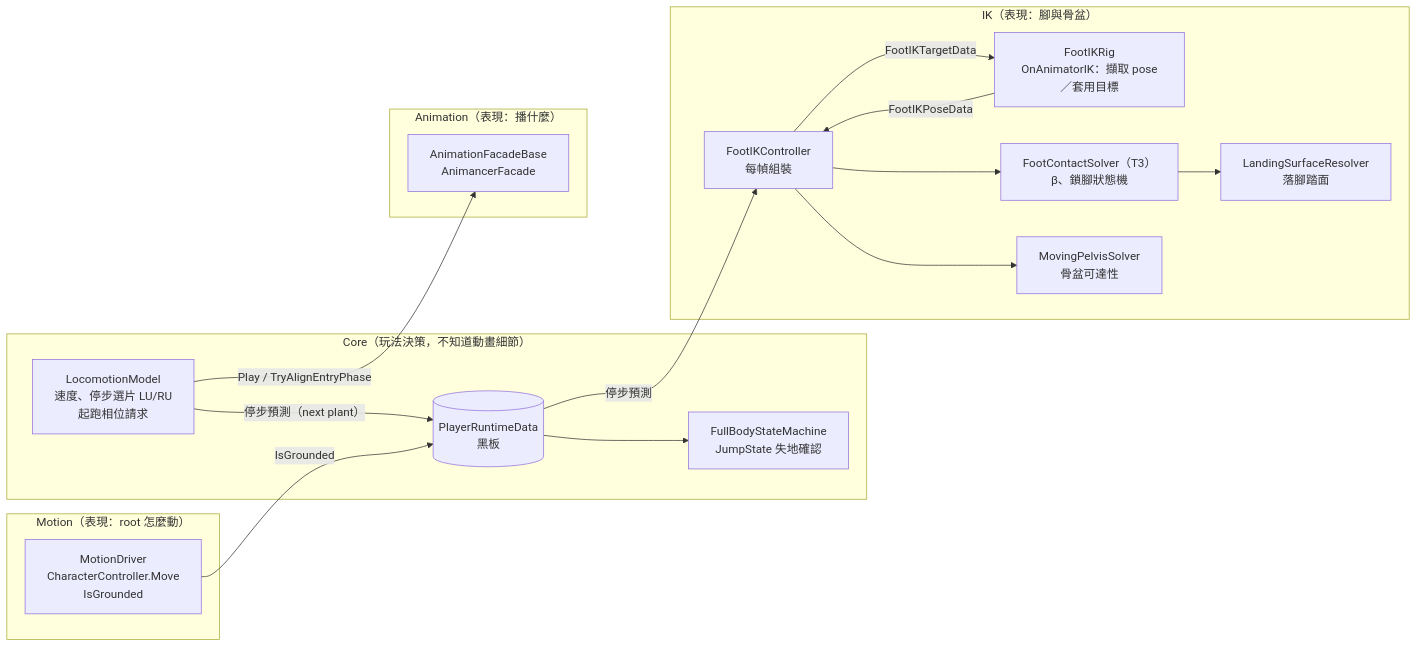
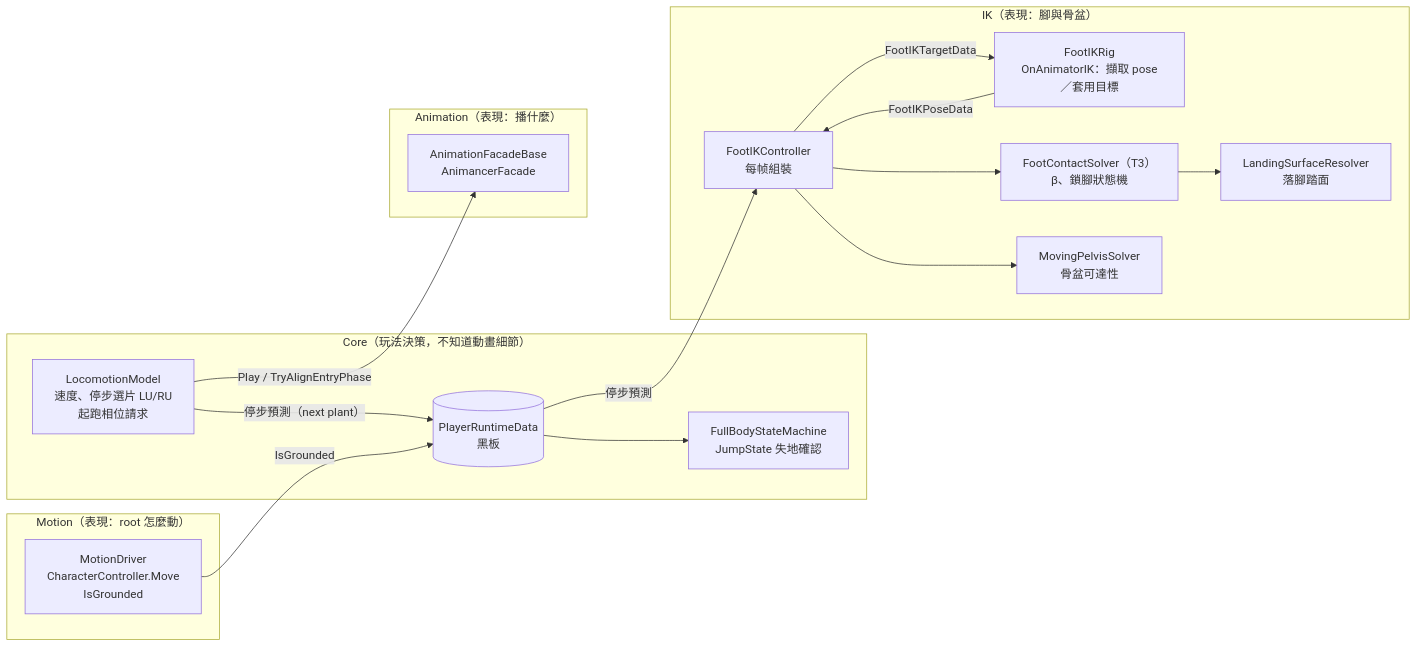
The first of 3 diagrams in docs/49-foot-contact-learning-guide.md (Baka8787/IntentPipeline), drawn with Mermaid before and after one commit. The commit also changed other lines of this file and 1 other file, not shown here.

````diff
--- a/docs/49-foot-contact-learning-guide.md
+++ b/docs/49-foot-contact-learning-guide.md
@@ -67,30 +72,30 @@
 ```mermaid
 flowchart LR
   subgraph Core["Core（玩法決策，不知道動畫細節）"]
     LM["LocomotionModel<br/>速度、停步選片 LU/RU<br/>起跑相位請求"]
     FSM["FullBodyStateMachine<br/>JumpState 失地確認"]
     BB[("PlayerRuntimeData<br/>黑板")]
   end
   subgraph Anim["Animation（表現：播什麼）"]
     AF["AnimationFacadeBase<br/>AnimancerFacade"]
   end
   subgraph Motion["Motion（表現：root 怎麼動）"]
     MD["MotionDriver<br/>CharacterController.Move<br/>IsGrounded"]
   end
   subgraph IK["IK（表現：腳與骨盆）"]
     RIG["FootIKRig<br/>OnAnimatorIK：擷取 pose／套用目標"]
-    FIC["FootIKController<br/>每幀組裝"]
+    FIC["FootIKController<br/>每帧組裝"]
     T3["FootContactSolver（T3）<br/>β、鎖腳狀態機"]
     LSR["LandingSurfaceResolver<br/>落腳踏面"]
     MPS["MovingPelvisSolver<br/>骨盆可達性"]
   end
   LM -- "停步預測（next plant）" --> BB
   MD -- "IsGrounded" --> BB
   BB --> FSM
   LM -- "Play / TryAlignEntryPhase" --> AF
   BB -- "停步預測" --> FIC
   RIG -- "FootIKPoseData" --> FIC
   FIC --> T3 --> LSR
   FIC --> MPS
   FIC -- "FootIKTargetData" --> RIG
 ```
````
